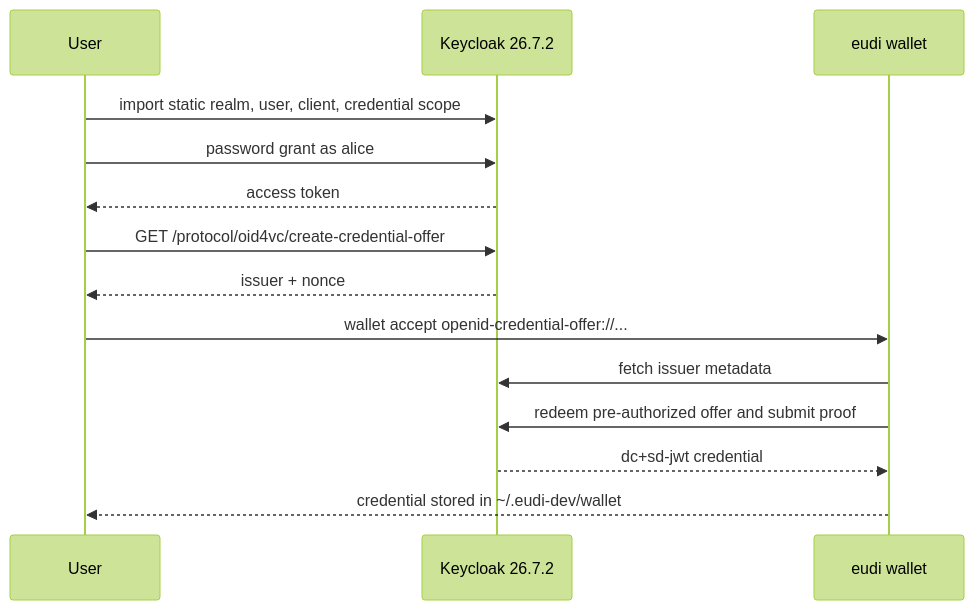
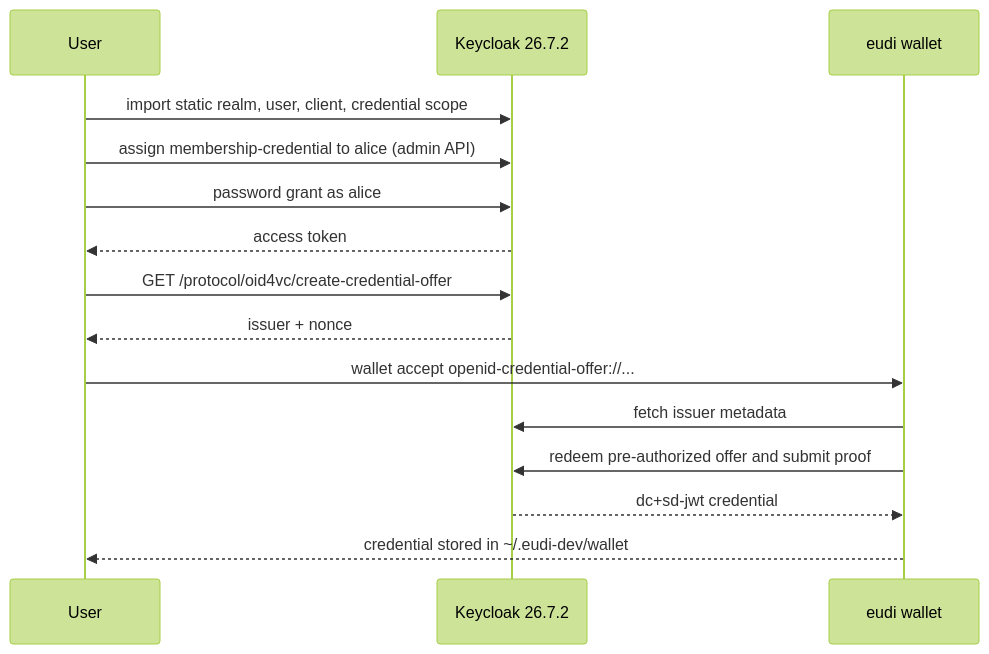
The diagram in examples/keycloak-issuer-wallet/README.md (dominikschlosser/eudi-dev), drawn with Mermaid (forest theme) before and after one commit. The commit also changed other lines of this file and 11 other files, not shown here.

````diff
--- a/examples/keycloak-issuer-wallet/README.md
+++ b/examples/keycloak-issuer-wallet/README.md
@@ -14,17 +14,18 @@
 ```mermaid
 sequenceDiagram
     participant U as User
     participant KC as Keycloak 26.7.2
     participant W as eudi wallet
 
     U->>KC: import static realm, user, client, credential scope
+    U->>KC: assign membership-credential to alice (admin API)
     U->>KC: password grant as alice
     KC-->>U: access token
     U->>KC: GET /protocol/oid4vc/create-credential-offer
     KC-->>U: issuer + nonce
     U->>W: wallet accept openid-credential-offer://...
     W->>KC: fetch issuer metadata
     W->>KC: redeem pre-authorized offer and submit proof
     KC-->>W: dc+sd-jwt credential
     W-->>U: credential stored in ~/.eudi-dev/wallet
 ```
````
